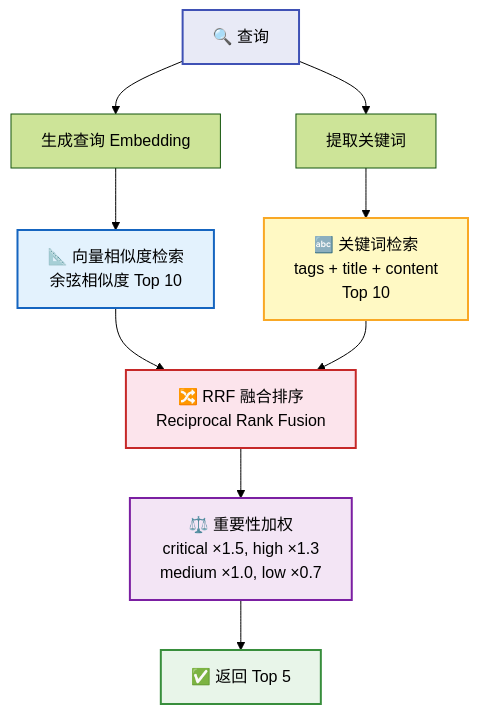
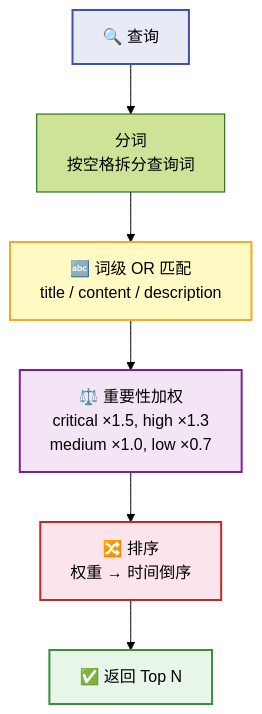
Before and after one commit to rtc-agent/docs: the fourth of 7 diagrams in src/content/docs/features/memory.md, drawn with Mermaid (forest theme). The commit also changed other lines of this file and 13 other files, not shown here.

````diff
--- a/src/content/docs/features/memory.md
+++ b/src/content/docs/features/memory.md
@@ -168,21 +163,14 @@
 ```mermaid
 flowchart TD
-    Q["🔍 查询"] --> VE["生成查询 Embedding"]
-    Q --> KW["提取关键词"]
-
-    VE --> VS["📐 向量相似度检索<br/>余弦相似度 Top 10"]
-    KW --> KS["🔤 关键词检索<br/>tags + title + content<br/>Top 10"]
-
-    VS --> FUSION["🔀 RRF 融合排序<br/>Reciprocal Rank Fusion"]
-    KS --> FUSION
-
-    FUSION --> FILTER["⚖️ 重要性加权<br/>critical ×1.5, high ×1.3<br/>medium ×1.0, low ×0.7"]
-    FILTER --> TOP["✅ 返回 Top 5"]
+    Q["🔍 查询"] --> SPLIT["分词<br/>按空格拆分查询词"]
+    SPLIT --> KW["🔤 词级 OR 匹配<br/>title / content / description"]
+    KW --> FILTER["⚖️ 重要性加权<br/>critical ×1.5, high ×1.3<br/>medium ×1.0, low ×0.7"]
+    FILTER --> SORT["🔀 排序<br/>权重 → 时间倒序"]
+    SORT --> TOP["✅ 返回 Top N"]
 
     style Q fill:#e8eaf6,stroke:#3f51b5,stroke-width:2px
-    style VS fill:#e3f2fd,stroke:#1565c0,stroke-width:2px
-    style KS fill:#fff9c4,stroke:#f9a825,stroke-width:2px
-    style FUSION fill:#fce4ec,stroke:#c62828,stroke-width:2px
+    style KW fill:#fff9c4,stroke:#f9a825,stroke-width:2px
     style FILTER fill:#f3e5f5,stroke:#7b1fa2,stroke-width:2px
+    style SORT fill:#fce4ec,stroke:#c62828,stroke-width:2px
     style TOP fill:#e8f5e9,stroke:#388e3c,stroke-width:2px
 ```
````
